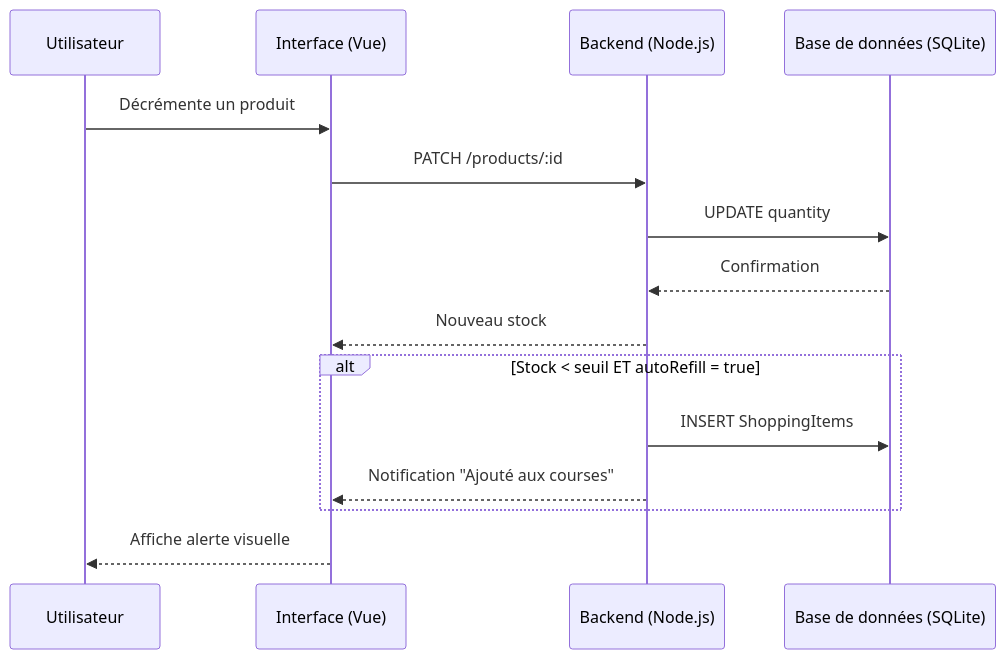
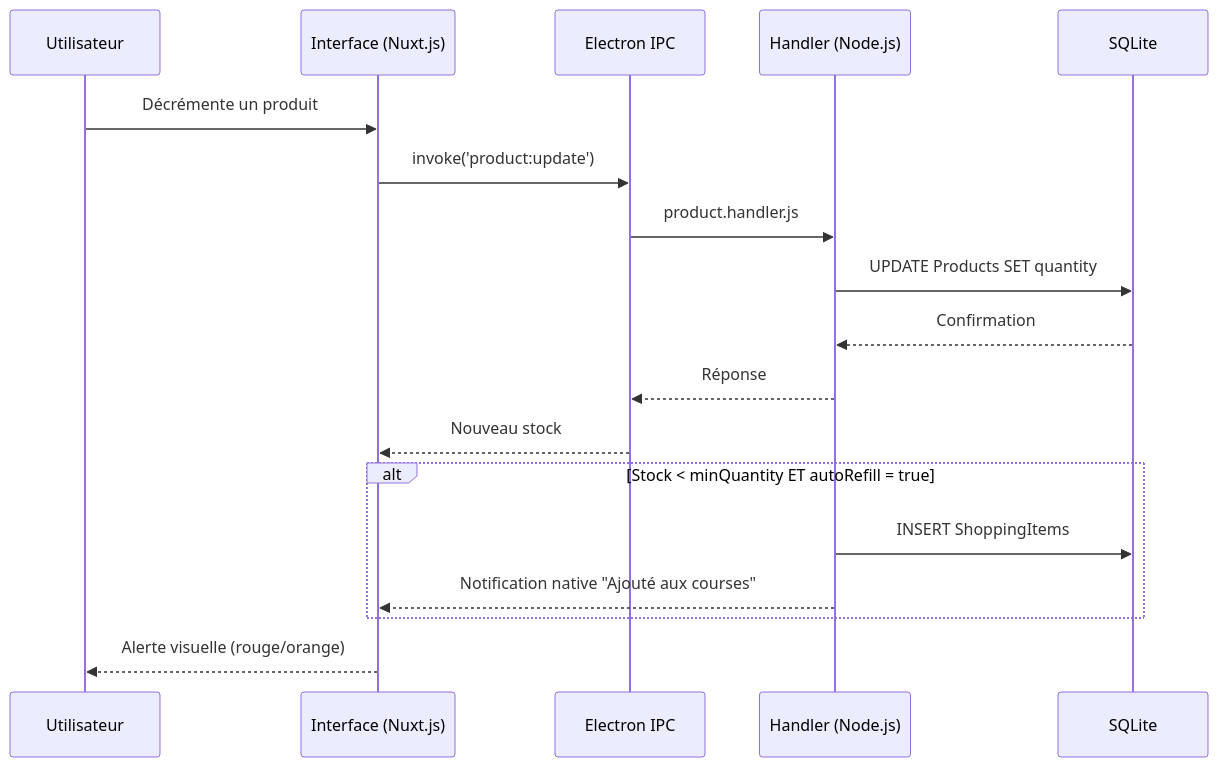
The first of 2 diagrams in README.md (Miradimpeti007/HomeStock), drawn with Mermaid before and after one commit. The commit also changed other lines of this file, not shown here.

Commit message:
docs: README mis à jour avec page historique et architecture IPC

````diff
--- a/README.md
+++ b/README.md
@@ -62,18 +63,21 @@
 ```mermaid
 sequenceDiagram
     participant U as Utilisateur
-    participant UI as Interface (Vue)
-    participant API as Backend (Node.js)
-    participant DB as Base de données (SQLite)
+    participant UI as Interface (Nuxt.js)
+    participant IPC as Electron IPC
+    participant H as Handler (Node.js)
+    participant DB as SQLite
 
     U->>UI: Décrémente un produit
-    UI->>API: PATCH /products/:id
-    API->>DB: UPDATE quantity
-    DB-->>API: Confirmation
-    API-->>UI: Nouveau stock
-    alt Stock < seuil ET autoRefill = true
-        API->>DB: INSERT ShoppingItems
-        API-->>UI: Notification "Ajouté aux courses"
+    UI->>IPC: invoke('product:update')
+    IPC->>H: product.handler.js
+    H->>DB: UPDATE Products SET quantity
+    DB-->>H: Confirmation
+    H-->>IPC: Réponse
+    IPC-->>UI: Nouveau stock
+    alt Stock < minQuantity ET autoRefill = true
+        H->>DB: INSERT ShoppingItems
+        H-->>UI: Notification native "Ajouté aux courses"
     end
-    UI-->>U: Affiche alerte visuelle
+    UI-->>U: Alerte visuelle (rouge/orange)
 ```
````
